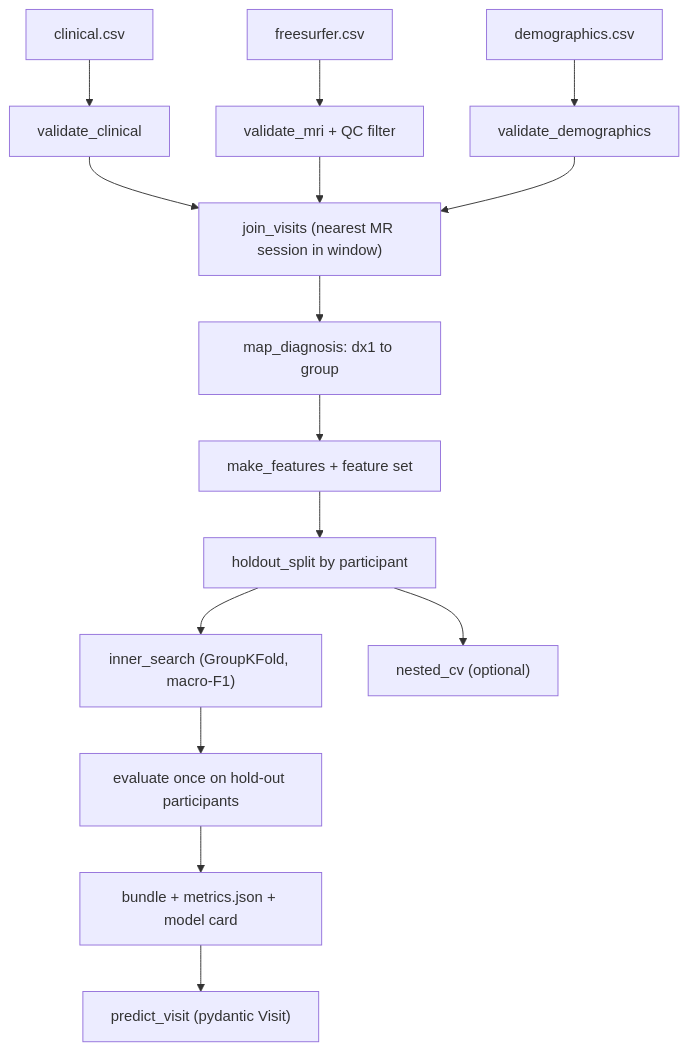
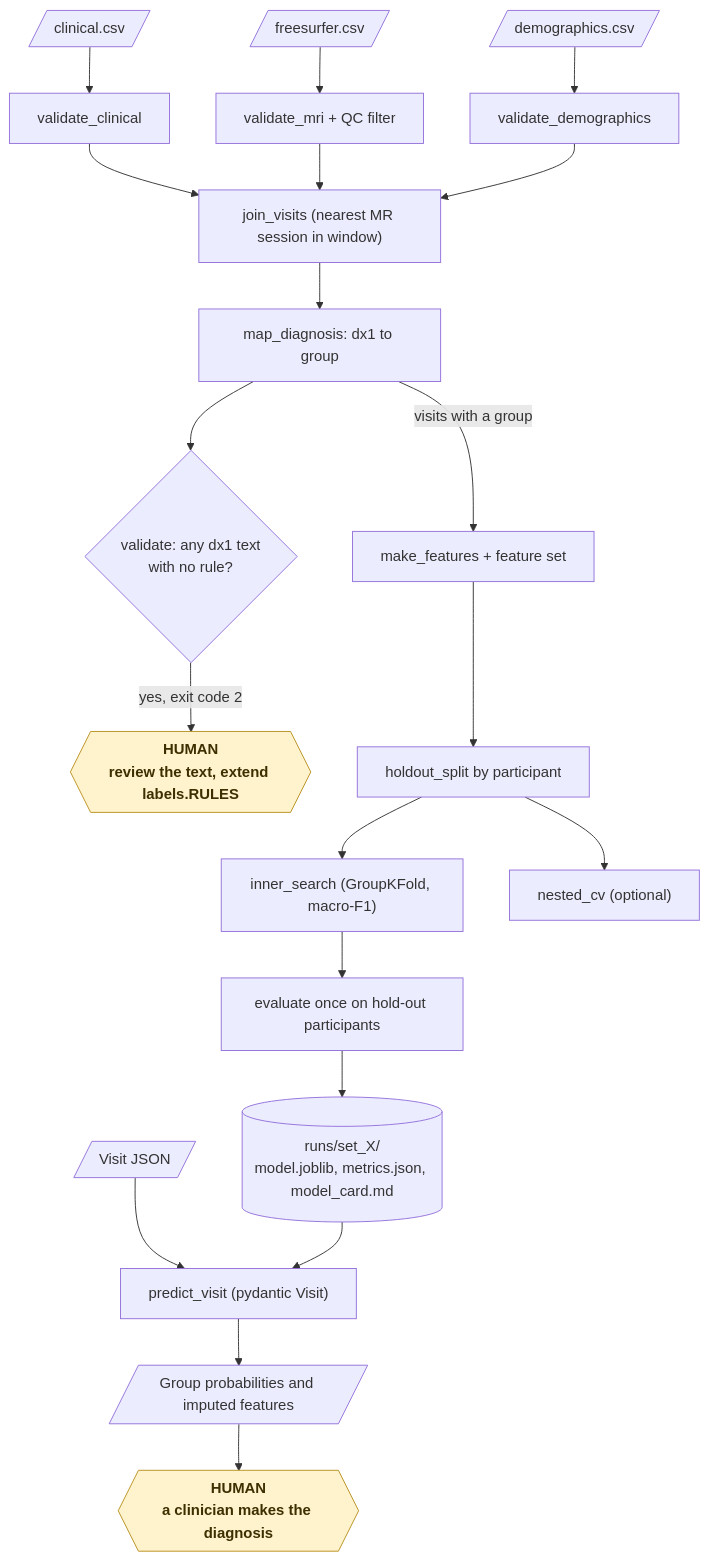
Before and after one commit to KrishnaAnnavaram/dementia-typer: the fifth of 15 diagrams in README.md, drawn with Mermaid. The commit also changed other lines of this file, not shown here.

Commit message:
Add the workflow diagrams to the README

````diff
--- a/README.md
+++ b/README.md
@@ -219,15 +270,25 @@
 ```mermaid
-flowchart TB
-    C["clinical.csv"] --> VC["validate_clinical"]
-    M["freesurfer.csv"] --> VM["validate_mri + QC filter"]
-    D["demographics.csv"] --> VD["validate_demographics"]
-    VC & VM & VD --> J["join_visits (nearest MR session in window)"]
+flowchart TD
+    C[/"clinical.csv"/] --> VC["validate_clinical"]
+    M[/"freesurfer.csv"/] --> VM["validate_mri + QC filter"]
+    D[/"demographics.csv"/] --> VD["validate_demographics"]
+    VC --> J["join_visits (nearest MR session in window)"]
+    VM --> J
+    VD --> J
     J --> L["map_diagnosis: dx1 to group"]
-    L --> F["make_features + feature set"]
+    L --> UM{"validate: any dx1 text<br/>with no rule?"}
+    UM -- "yes, exit code 2" --> HR{{"HUMAN<br/>review the text, extend labels.RULES"}}
+    L -- "visits with a group" --> F["make_features + feature set"]
     F --> H["holdout_split by participant"]
     H --> IS["inner_search (GroupKFold, macro-F1)"]
     H --> NC["nested_cv (optional)"]
     IS --> EV["evaluate once on hold-out participants"]
-    EV --> B["bundle + metrics.json + model card"]
+    EV --> B[("runs/set_X/<br/>model.joblib, metrics.json, model_card.md")]
+    VJ[/"Visit JSON"/] --> P
     B --> P["predict_visit (pydantic Visit)"]
+    P --> OUT[/"Group probabilities and imputed features"/]
+    OUT --> HC{{"HUMAN<br/>a clinician makes the diagnosis"}}
+
+    classDef human fill:#fff3cd,stroke:#b8901f,color:#3d2f00,font-weight:bold
+    class HR,HC human
 ```
````
